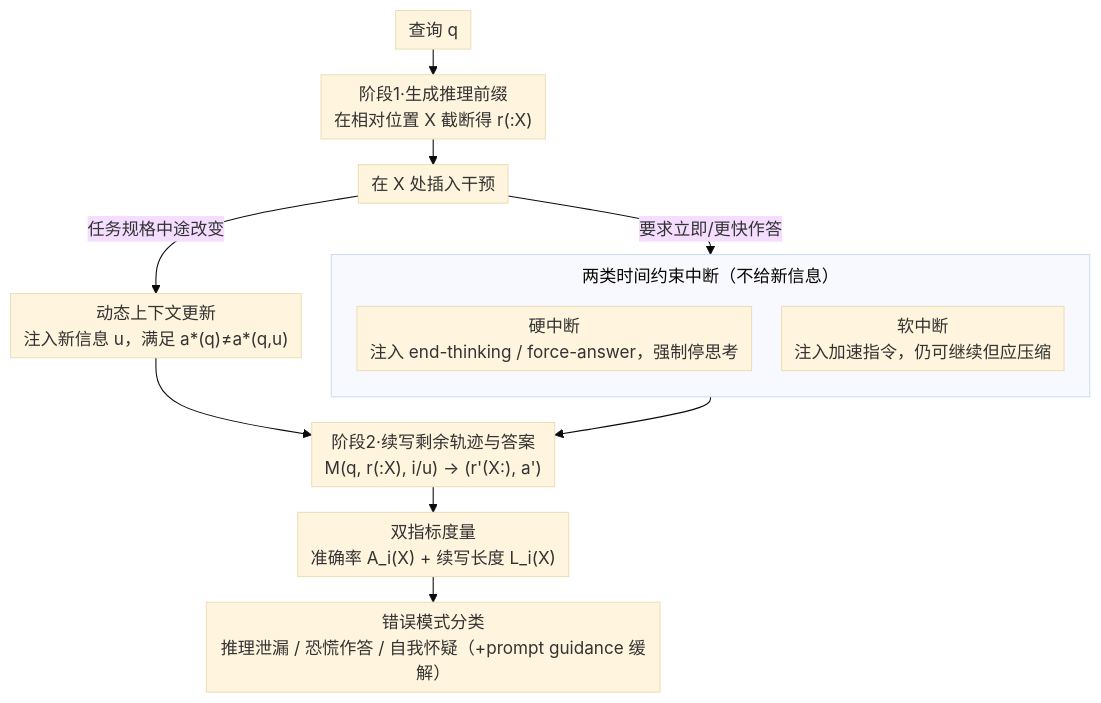
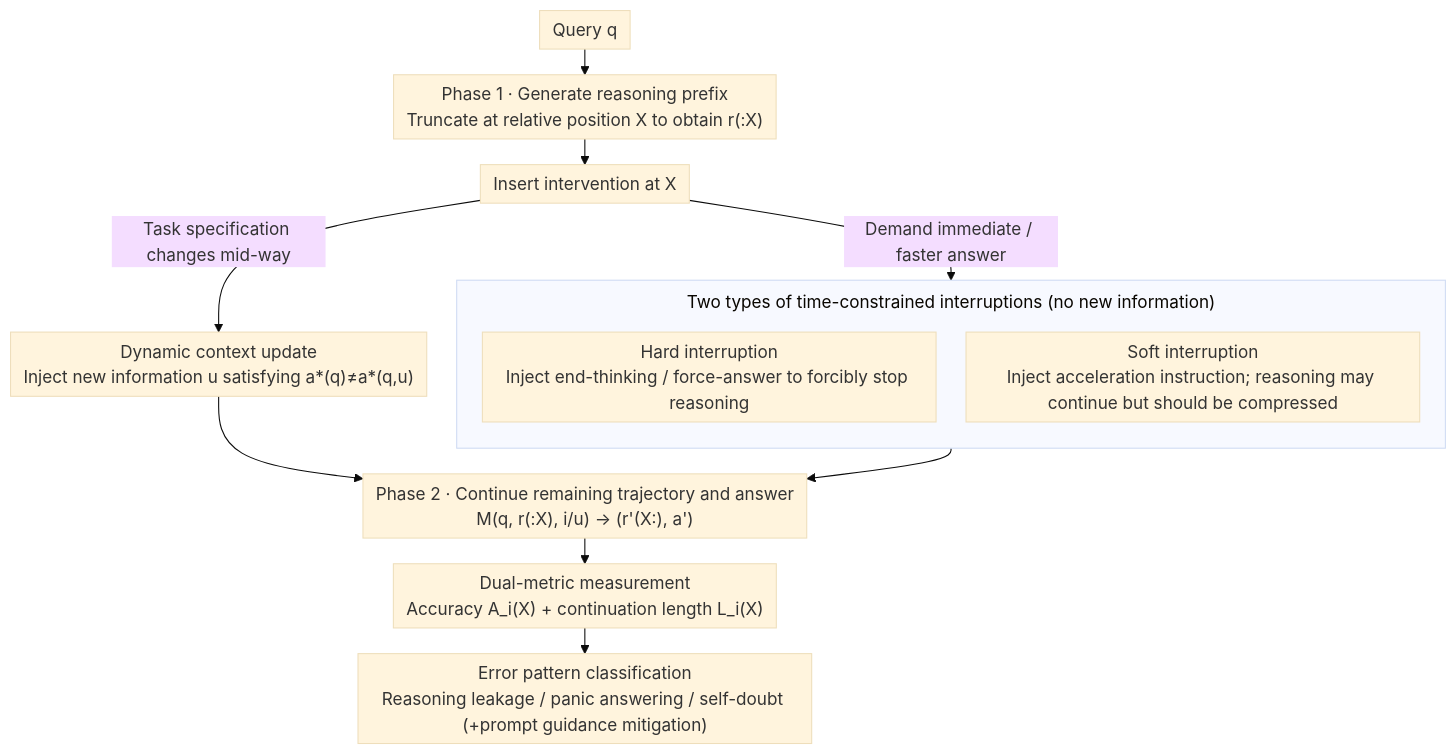
The diagram in docs/ICML2026/llm_reasoning/are_large_reasoning_models_interruptible.md (zhaoyang97/Paper-Notes-en), drawn with Mermaid (base theme) before and after one commit. The commit also changed 644 other files, not shown here.

````diff
--- a/docs/ICML2026/llm_reasoning/are_large_reasoning_models_interruptible.md
+++ b/docs/ICML2026/llm_reasoning/are_large_reasoning_models_interruptible.md
@@ -54,17 +54,17 @@
 ```mermaid
 %%{init: {'flowchart': {'rankSpacing': 24, 'nodeSpacing': 28, 'padding': 6, 'wrappingWidth': 400, 'subGraphTitleMargin': {'top': 8, 'bottom': 16}}}}%%
 flowchart TD
-    Q["查询 q"] --> P["阶段1·生成推理前缀<br/>在相对位置 X 截断得 r(:X)"]
-    P --> I["在 X 处插入干预"]
-    subgraph TC["两类时间约束中断（不给新信息）"]
+    Q["Query q"] --> P["Phase 1 · Generate reasoning prefix<br/>Truncate at relative position X to obtain r(:X)"]
+    P --> I["Insert intervention at X"]
+    subgraph TC["Two types of time-constrained interruptions (no new information)"]
         direction TB
-        H["硬中断<br/>注入 end-thinking / force-answer，强制停思考"]
-        SF["软中断<br/>注入加速指令，仍可继续但应压缩"]
+        H["Hard interruption<br/>Inject end-thinking / force-answer to forcibly stop reasoning"]
+        SF["Soft interruption<br/>Inject acceleration instruction; reasoning may continue but should be compressed"]
     end
-    I -->|要求立即/更快作答| TC
-    I -->|任务规格中途改变| U["动态上下文更新<br/>注入新信息 u，满足 a*(q)≠a*(q,u)"]
-    TC --> G["阶段2·续写剩余轨迹与答案<br/>M(q, r(:X), i/u) → (r'(X:), a')"]
+    I -->|Demand immediate / faster answer| TC
+    I -->|Task specification changes mid-way| U["Dynamic context update<br/>Inject new information u satisfying a*(q)≠a*(q,u)"]
+    TC --> G["Phase 2 · Continue remaining trajectory and answer<br/>M(q, r(:X), i/u) → (r'(X:), a')"]
     U --> G
-    G --> M["双指标度量<br/>准确率 A_i(X) + 续写长度 L_i(X)"]
-    M --> T["错误模式分类<br/>推理泄漏 / 恐慌作答 / 自我怀疑（+prompt guidance 缓解）"]
+    G --> M["Dual-metric measurement<br/>Accuracy A_i(X) + continuation length L_i(X)"]
+    M --> T["Error pattern classification<br/>Reasoning leakage / panic answering / self-doubt (+prompt guidance mitigation)"]
 ```
````
